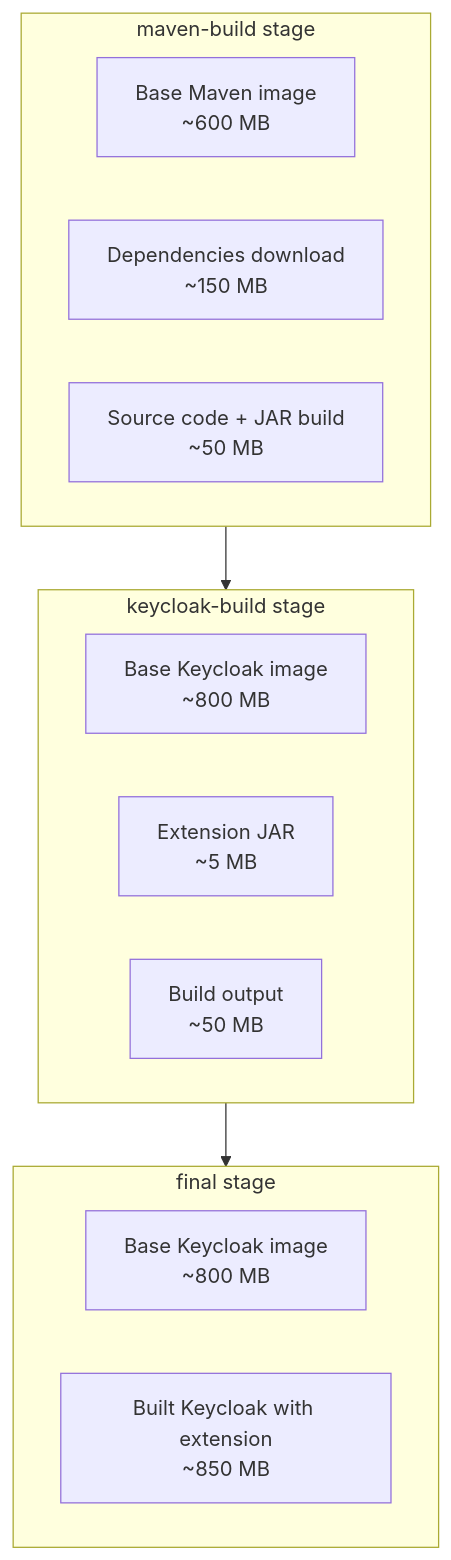
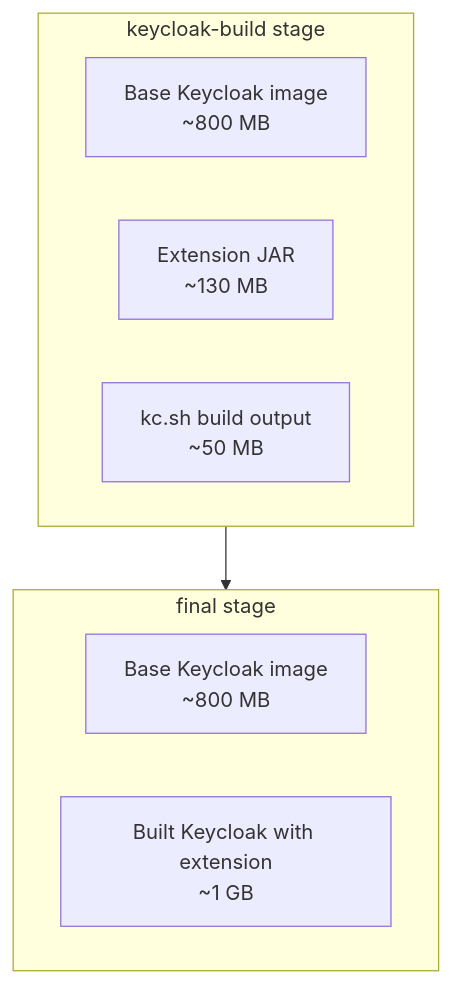
The diagram in docs/developer-guide/dockerfile-reference.md (FortuneN/kete), drawn with Mermaid before and after one commit. The commit also changed other lines of this file and 22 other files, not shown here.

First line of the commit message:
Build the quick-start image from the packaged jar and shard CI into parallel jobs

````diff
--- a/docs/developer-guide/dockerfile-reference.md
+++ b/docs/developer-guide/dockerfile-reference.md
@@ -118,21 +86,15 @@
 ```mermaid
 flowchart TB
-    subgraph M["maven-build stage"]
-        M1["Base Maven image<br/>~600 MB"]
-        M2["Dependencies download<br/>~150 MB"]
-        M3["Source code + JAR build<br/>~50 MB"]
-    end
-    
     subgraph K["keycloak-build stage"]
         K1["Base Keycloak image<br/>~800 MB"]
-        K2["Extension JAR<br/>~5 MB"]
-        K3["Build output<br/>~50 MB"]
+        K2["Extension JAR<br/>~130 MB"]
+        K3["kc.sh build output<br/>~50 MB"]
     end
-    
+
     subgraph F["final stage"]
         F1["Base Keycloak image<br/>~800 MB"]
-        F2["Built Keycloak with extension<br/>~850 MB"]
+        F2["Built Keycloak with extension<br/>~1 GB"]
     end
-    
-    M --> K --> F
+
+    K --> F
 ```
````
